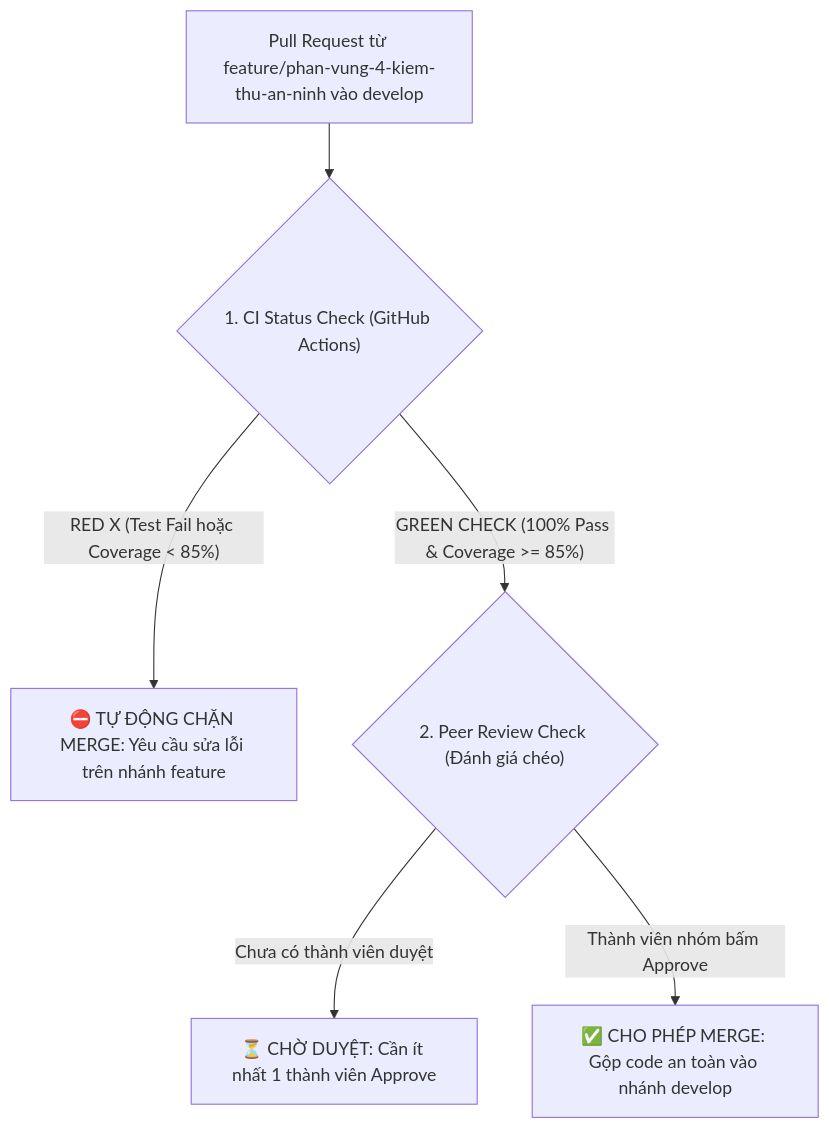
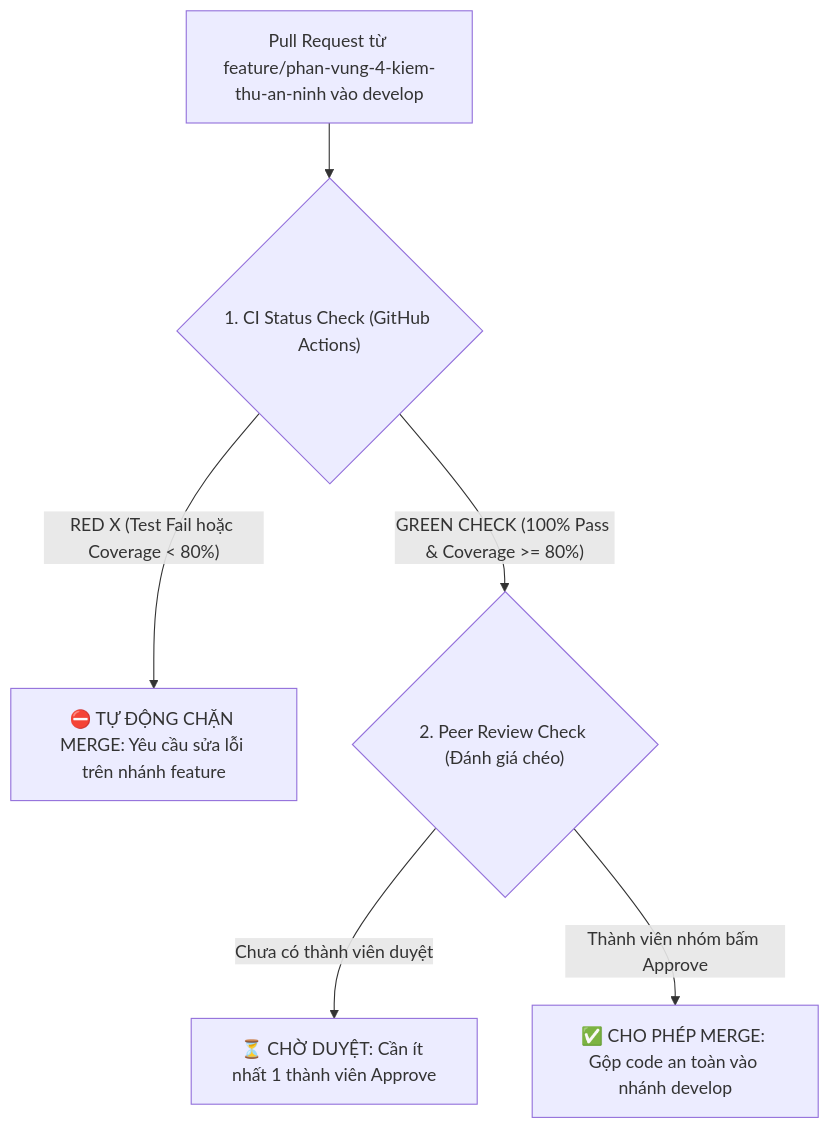
The seventh of 9 diagrams in KE_HOACH_TRIEN_KHAI_PHAN_VUNG_4.md (Bee-Max-Ne/Snipe-IT), drawn with Mermaid before and after one commit. The commit also changed other lines of this file, not shown here.

````diff
--- a/KE_HOACH_TRIEN_KHAI_PHAN_VUNG_4.md
+++ b/KE_HOACH_TRIEN_KHAI_PHAN_VUNG_4.md
@@ -562,9 +563,9 @@
 ```mermaid
 flowchart TD
     PR["Pull Request từ feature/phan-vung-4-kiem-thu-an-ninh vào develop"] --> Check1{"1. CI Status Check (GitHub Actions)"}
-    Check1 -- "RED X (Test Fail hoặc Coverage < 85%)" --> Block1["⛔ TỰ ĐỘNG CHẶN MERGE: Yêu cầu sửa lỗi trên nhánh feature"]
-    Check1 -- "GREEN CHECK (100% Pass & Coverage >= 85%)" --> Check2{"2. Peer Review Check (Đánh giá chéo)"}
+    Check1 -- "RED X (Test Fail hoặc Coverage < 80%)" --> Block1["⛔ TỰ ĐỘNG CHẶN MERGE: Yêu cầu sửa lỗi trên nhánh feature"]
+    Check1 -- "GREEN CHECK (100% Pass & Coverage >= 80%)" --> Check2{"2. Peer Review Check (Đánh giá chéo)"}
     
     Check2 -- "Chưa có thành viên duyệt" --> Block2["⏳ CHỜ DUYỆT: Cần ít nhất 1 thành viên Approve"]
     Check2 -- "Thành viên nhóm bấm Approve" --> AllowMerge["✅ CHO PHÉP MERGE: Gộp code an toàn vào nhánh develop"]
 ```
````
